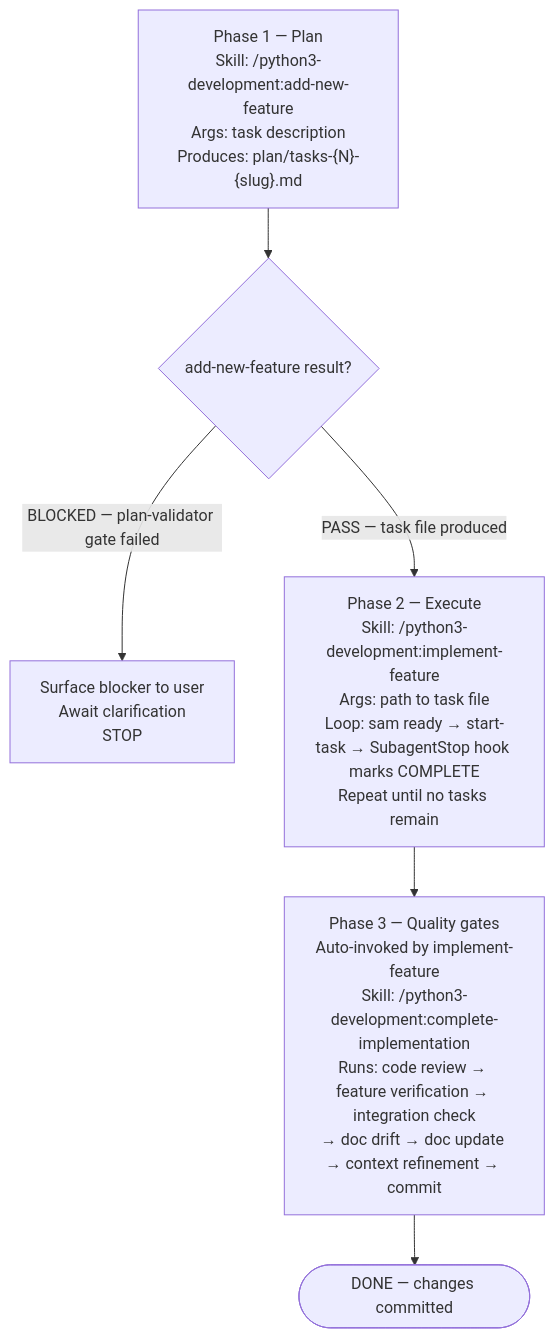
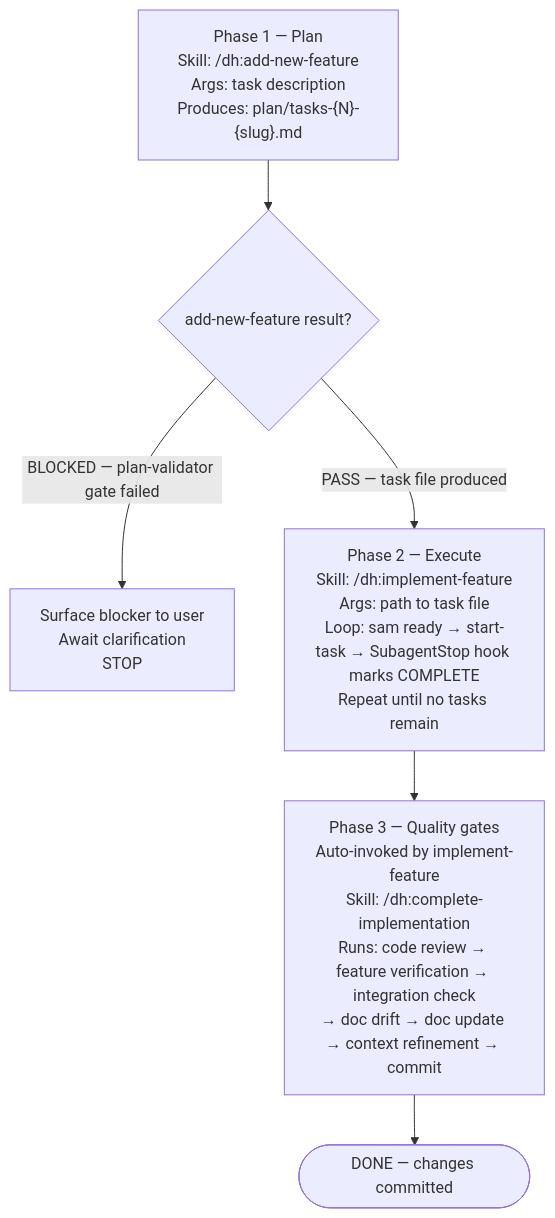
Before and after one commit to chgreer1070/claude_skills: the second of 2 diagrams in plugins/python3-development/skills/orchestrate/SKILL.md, drawn with Mermaid. The commit also changed 5 other files, not shown here.

First line of the commit message:
refactor(python3-development): update skill namespace refs from python3-development to dh

````diff
--- a/plugins/python3-development/skills/orchestrate/SKILL.md
+++ b/plugins/python3-development/skills/orchestrate/SKILL.md
@@ -41,10 +41,10 @@
 ```mermaid
 flowchart TD
-    P1["Phase 1 — Plan<br>Skill: /python3-development:add-new-feature<br>Args: task description<br>Produces: plan/tasks-{N}-{slug}.md"]
+    P1["Phase 1 — Plan<br>Skill: /dh:add-new-feature<br>Args: task description<br>Produces: plan/tasks-{N}-{slug}.md"]
     P1 --> P1Q{"add-new-feature result?"}
     P1Q -->|"BLOCKED — plan-validator gate failed"| P1Blocked["Surface blocker to user<br>Await clarification<br>STOP"]
     P1Q -->|"PASS — task file produced"| P2
-    P2["Phase 2 — Execute<br>Skill: /python3-development:implement-feature<br>Args: path to task file<br>Loop: sam ready → start-task → SubagentStop hook marks COMPLETE<br>Repeat until no tasks remain"]
-    P2 --> P3["Phase 3 — Quality gates<br>Auto-invoked by implement-feature<br>Skill: /python3-development:complete-implementation<br>Runs: code review → feature verification → integration check<br>→ doc drift → doc update → context refinement → commit"]
+    P2["Phase 2 — Execute<br>Skill: /dh:implement-feature<br>Args: path to task file<br>Loop: sam ready → start-task → SubagentStop hook marks COMPLETE<br>Repeat until no tasks remain"]
+    P2 --> P3["Phase 3 — Quality gates<br>Auto-invoked by implement-feature<br>Skill: /dh:complete-implementation<br>Runs: code review → feature verification → integration check<br>→ doc drift → doc update → context refinement → commit"]
     P3 --> Done(["DONE — changes committed"])
 ```
````
